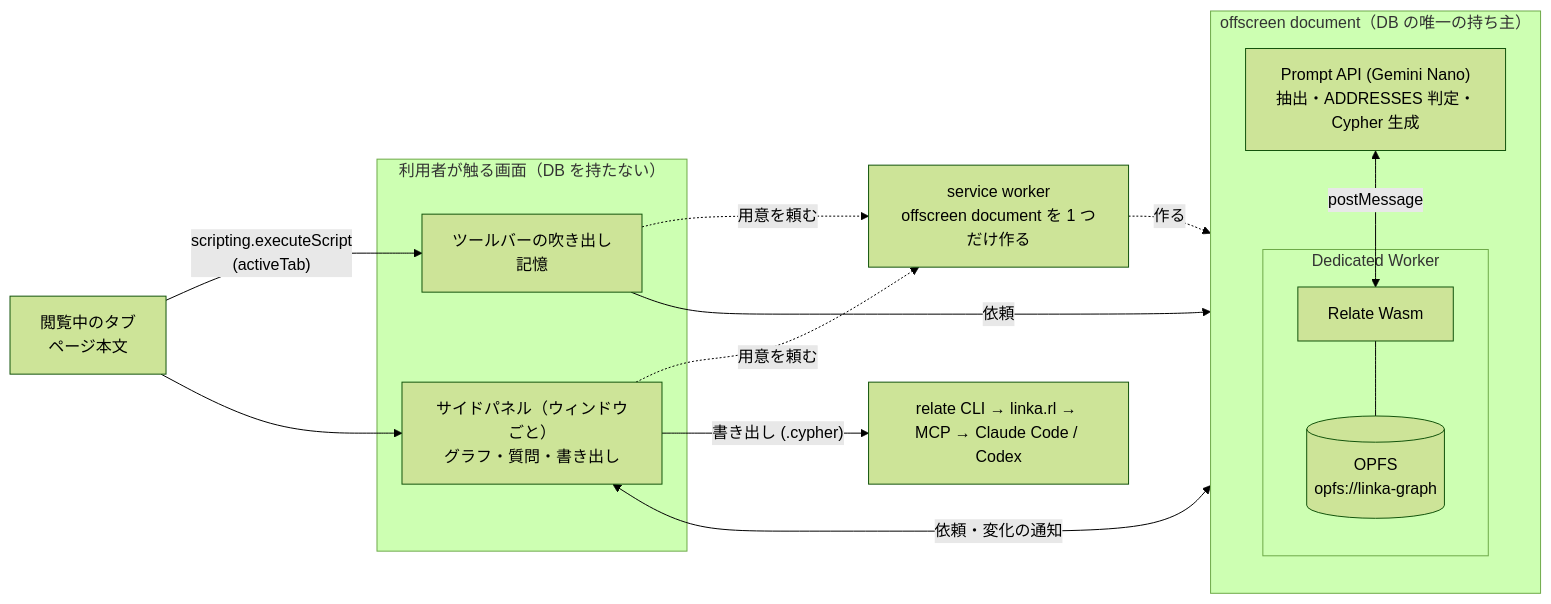
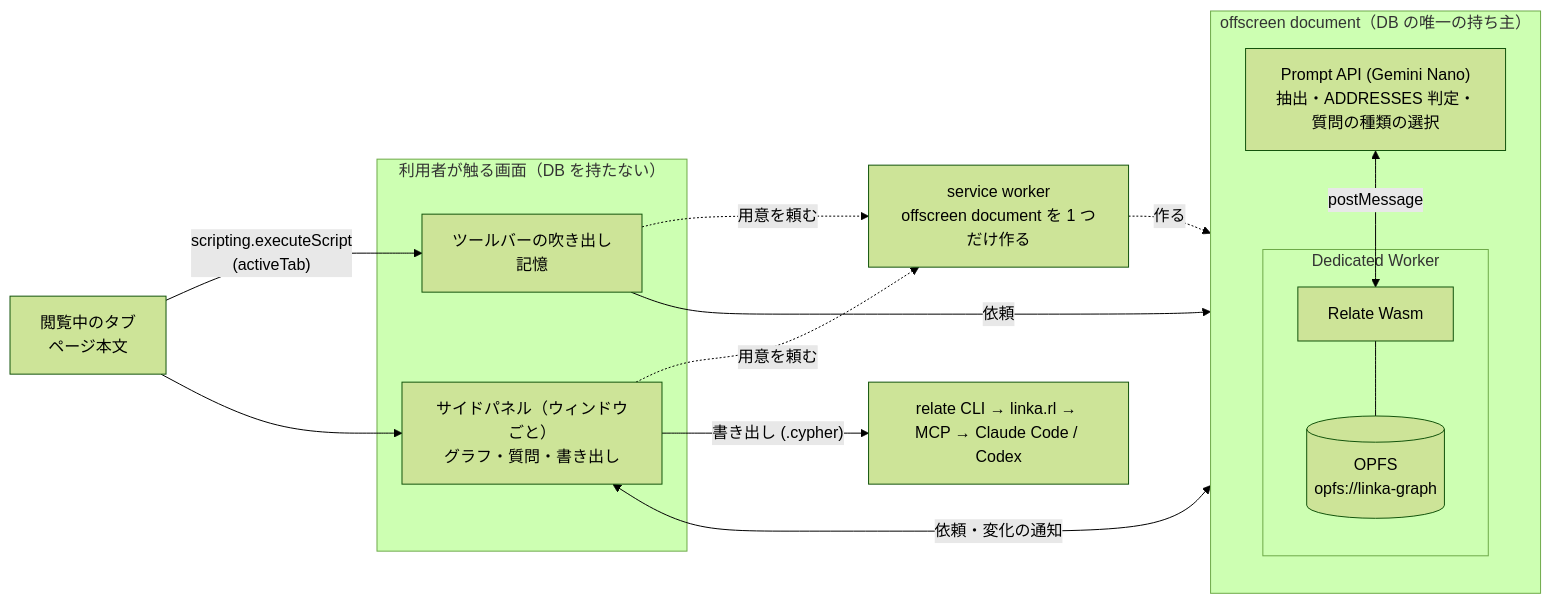
The second of 2 diagrams in PRD.md (sumiredc/linka), drawn with Mermaid (forest theme) before and after one commit. The commit also changed other lines of this file, not shown here.

First line of the commit message:
Record the Phase 1 Nano and permission results in the PRD

````diff
--- a/PRD.md
+++ b/PRD.md
@@ -220,26 +232,26 @@
 ```mermaid
 flowchart LR
   DOM["閲覧中のタブ<br/>ページ本文"]
   subgraph Front["利用者が触る画面（DB を持たない）"]
     Popup["ツールバーの吹き出し<br/>記憶"]
     Panel["サイドパネル（ウィンドウごと）<br/>グラフ・質問・書き出し"]
   end
   SW["service worker<br/>offscreen document を 1 つだけ作る"]
   subgraph Off["offscreen document（DB の唯一の持ち主）"]
-    AI["Prompt API (Gemini Nano)<br/>抽出・ADDRESSES 判定・Cypher 生成"]
+    AI["Prompt API (Gemini Nano)<br/>抽出・ADDRESSES 判定・質問の種類の選択"]
     subgraph Worker["Dedicated Worker"]
       DB["Relate Wasm"]
       OPFS[("OPFS<br/>opfs://linka-graph")]
     end
   end
   DOM -->|"scripting.executeScript<br/>(activeTab)"| Popup
   DOM --> Panel
   Popup -.->|用意を頼む| SW
   Panel -.->|用意を頼む| SW
   SW -.->|作る| Off
   Popup -->|依頼| Off
   Panel <-->|"依頼・変化の通知"| Off
   AI <-->|postMessage| DB
   DB --- OPFS
   Panel -->|"書き出し (.cypher)"| CLI["relate CLI → linka.rl → MCP → Claude Code / Codex"]
 ```
````
